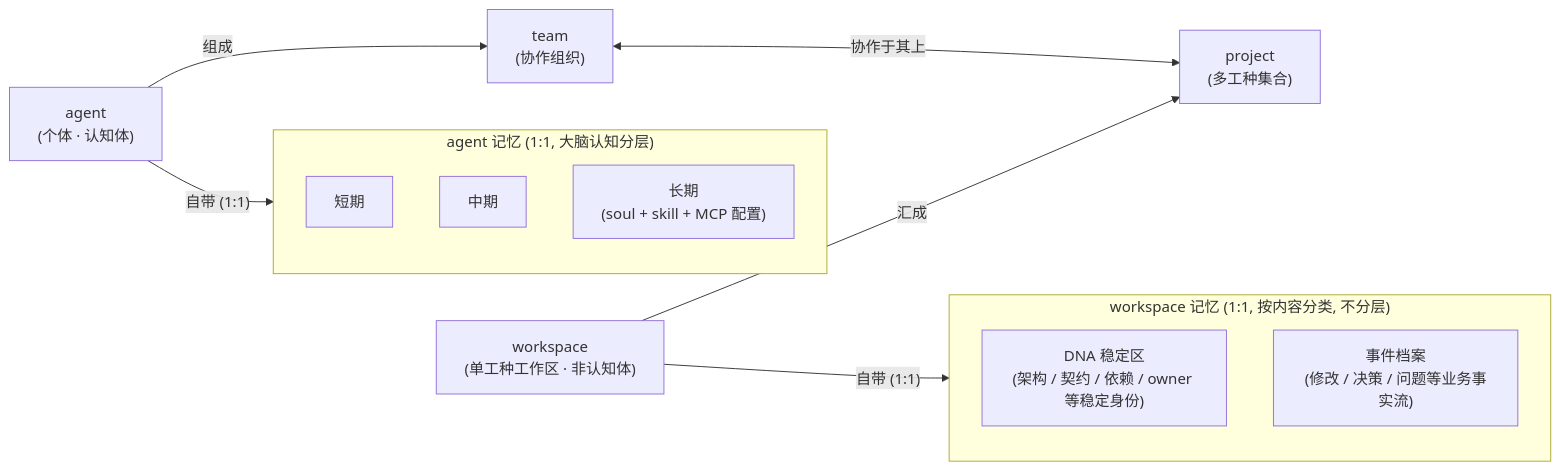
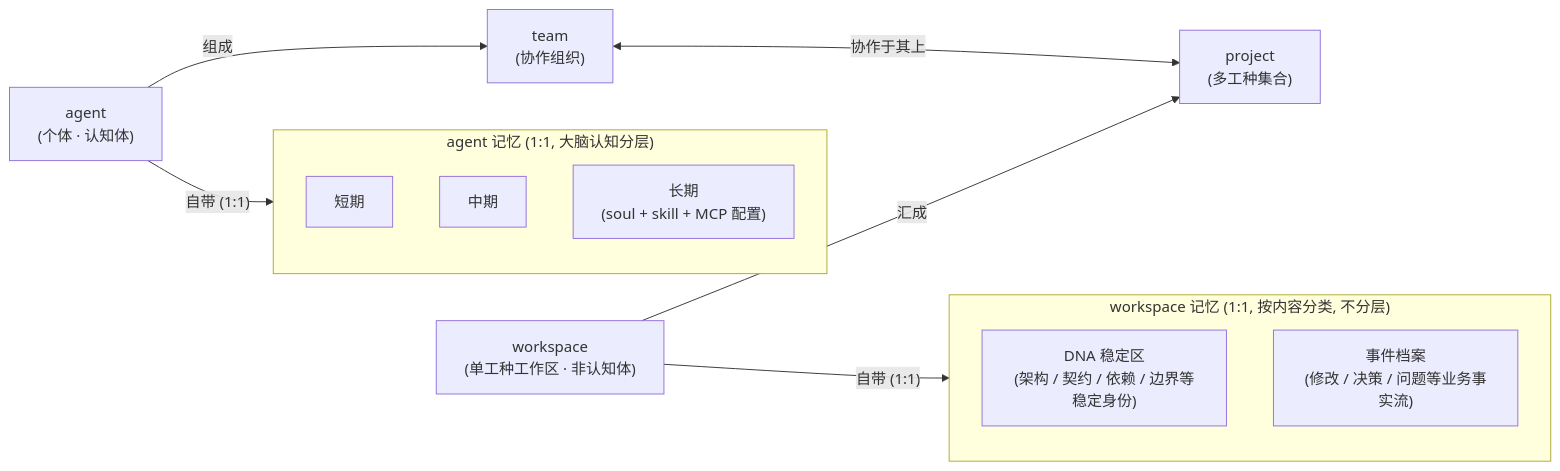
Before and after one commit to nan023062/cbim: the diagram in v2/docs/_ARCHITECTURE.md, drawn with Mermaid. The commit also changed other lines of this file and 2 other files, not shown here.

Commit message:
docs: align CBIM v2 architecture goals

````diff
--- a/v2/docs/_ARCHITECTURE.md
+++ b/v2/docs/_ARCHITECTURE.md
@@ -12,22 +23,22 @@
 ```mermaid
 flowchart LR
     agent["agent<br/>(个体 · 认知体)"]
     subgraph agentMem["agent 记忆 (1:1, 大脑认知分层)"]
         agentShort["短期"]
         agentMid["中期"]
         agentLong["长期<br/>(soul + skill + MCP 配置)"]
     end
     team["team<br/>(协作组织)"]
     workspace["workspace<br/>(单工种工作区 · 非认知体)"]
     subgraph workspaceMem["workspace 记忆 (1:1, 按内容分类, 不分层)"]
-        wsDNA["DNA 稳定区<br/>(架构 / 契约 / 依赖 / owner 等稳定身份)"]
+        wsDNA["DNA 稳定区<br/>(架构 / 契约 / 依赖 / 边界等稳定身份)"]
         wsEvents["事件档案<br/>(修改 / 决策 / 问题等业务事实流)"]
     end
     project["project<br/>(多工种集合)"]
 
     agent -- "自带 (1:1)" --> agentMem
     agent -- "组成" --> team
     workspace -- "自带 (1:1)" --> workspaceMem
     workspace -- "汇成" --> project
     team <-- "协作于其上" --> project
 ```
````
